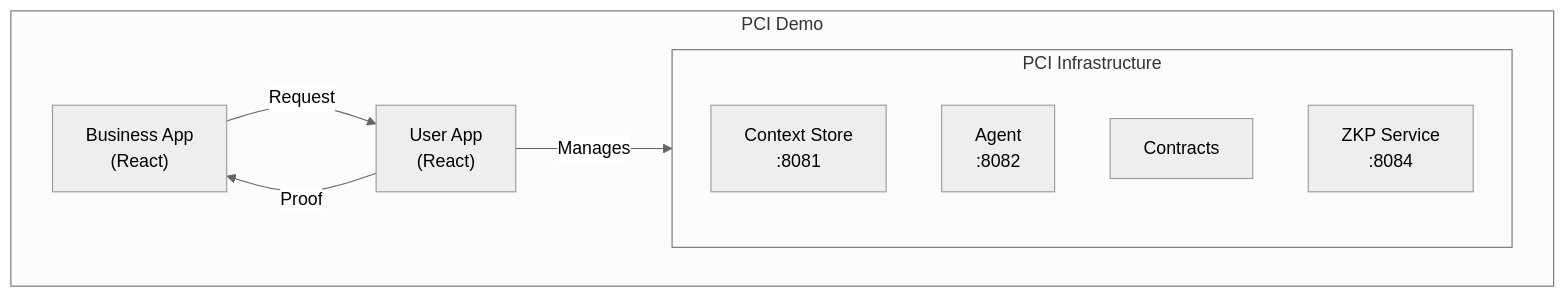
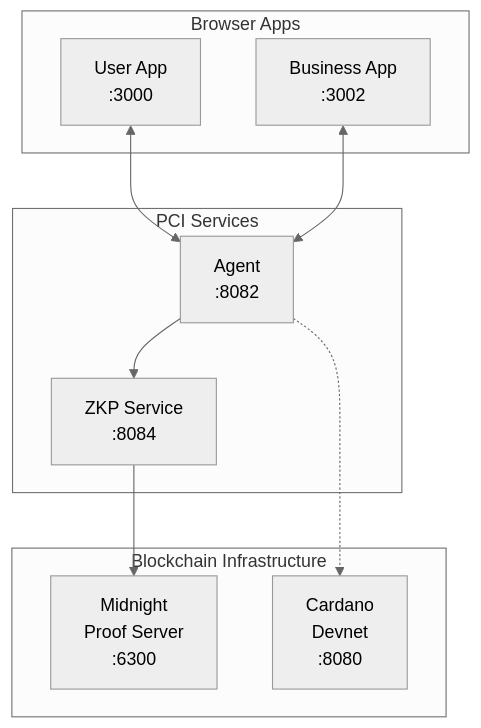
The first of 2 diagrams in README.md (peteski22/pci-demo), drawn with Mermaid (neutral theme) before and after one commit. The commit also changed other lines of this file and 10 other files, not shown here.

````diff
--- a/README.md
+++ b/README.md
@@ -15,19 +15,23 @@
 ```mermaid
 flowchart TB
-    subgraph Demo["PCI Demo"]
-        UA["User App<br/>(React)"]
-        BA["Business App<br/>(React)"]
+    subgraph Frontend["Browser Apps"]
+        UA["User App<br/>:3000"]
+        BA["Business App<br/>:3002"]
+    end
 
-        BA -- "Request" --> UA
-        UA -- "Proof" --> BA
+    subgraph Backend["PCI Services"]
+        AG["Agent<br/>:8082"]
+        ZKP["ZKP Service<br/>:8084"]
+    end
 
-        subgraph Infra["PCI Infrastructure"]
-            CS["Context Store<br/>:8081"]
-            AG["Agent<br/>:8082"]
-            CT["Contracts"]
-            ZK["ZKP Service<br/>:8084"]
-        end
+    subgraph Blockchain["Blockchain Infrastructure"]
+        MN["Midnight<br/>Proof Server<br/>:6300"]
+        CD["Cardano<br/>Devnet<br/>:8080"]
+    end
 
-        UA -- "Manages" --> Infra
-    end
+    UA <--> AG
+    BA <--> AG
+    AG --> ZKP
+    ZKP --> MN
+    AG -.-> CD
 ```
````
